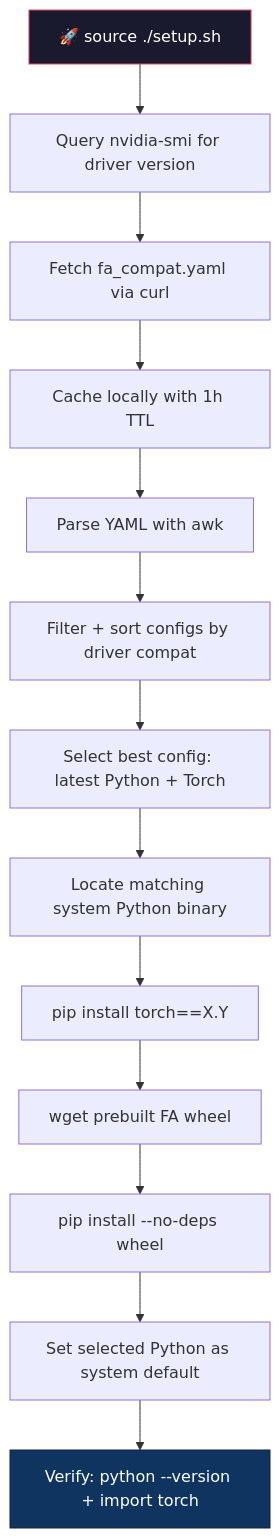
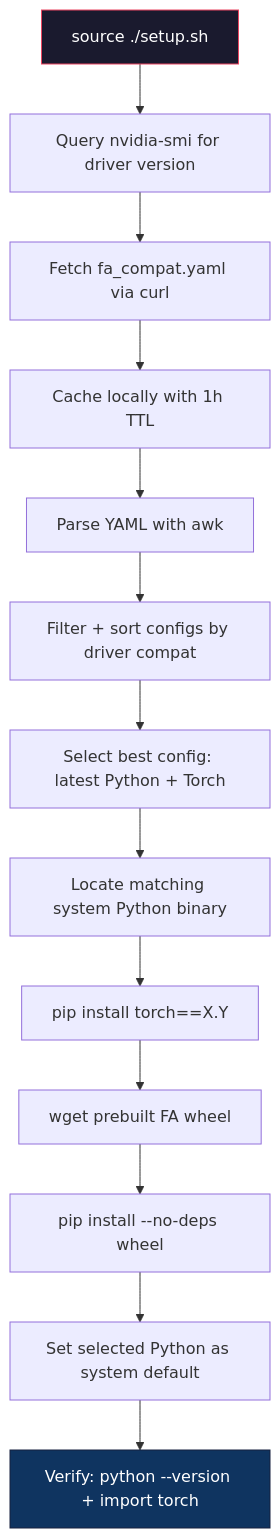
The second of 3 diagrams in README.md (Sabari231024/FA_COMPACT_SETUP), drawn with Mermaid before and after one commit. The commit also changed other lines of this file, not shown here.

````diff
--- a/README.md
+++ b/README.md
@@ -145,18 +165,18 @@
 ```mermaid
 flowchart TD
-    A["🚀 source ./setup.sh"] --> B["Query nvidia-smi for driver version"]
+    A["source ./setup.sh"] --> B["Query nvidia-smi for driver version"]
     B --> C["Fetch fa_compat.yaml via curl"]
     C --> C1["Cache locally with 1h TTL"]
     C1 --> D["Parse YAML with awk"]
     D --> E["Filter + sort configs by driver compat"]
     E --> F["Select best config: latest Python + Torch"]
     F --> G["Locate matching system Python binary"]
     G --> H["pip install torch==X.Y"]
     H --> I["wget prebuilt FA wheel"]
     I --> J["pip install --no-deps wheel"]
     J --> K["Set selected Python as system default"]
     K --> L["Verify: python --version + import torch"]
 
     style A fill:#1a1a2e,stroke:#e94560,color:#fff
     style L fill:#0f3460,stroke:#16213e,color:#fff
 ```
````
